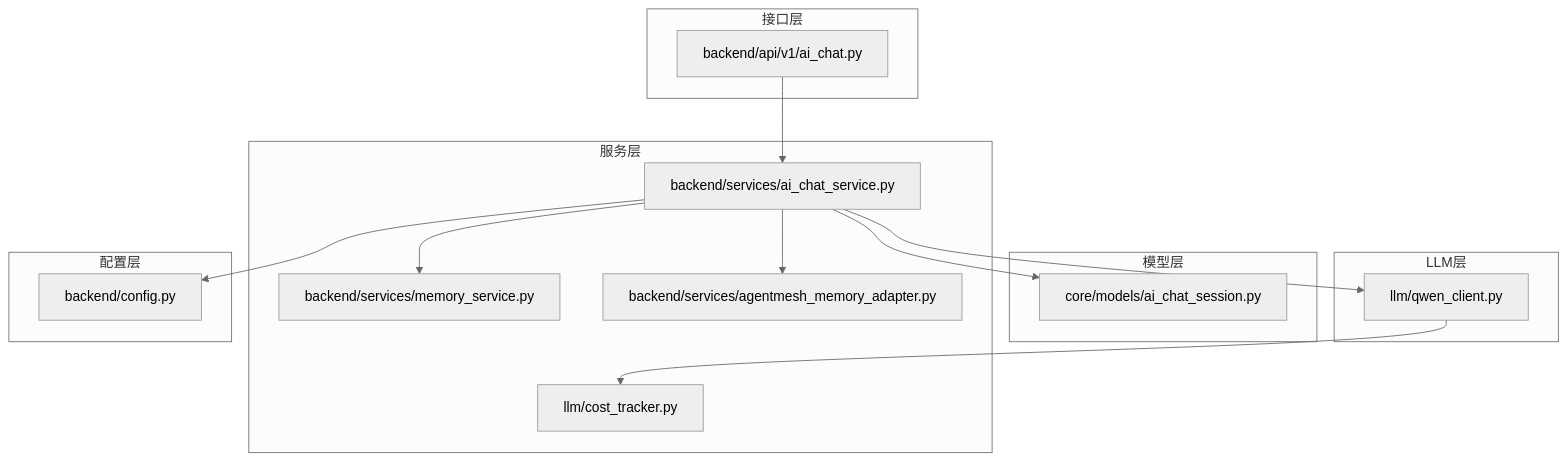
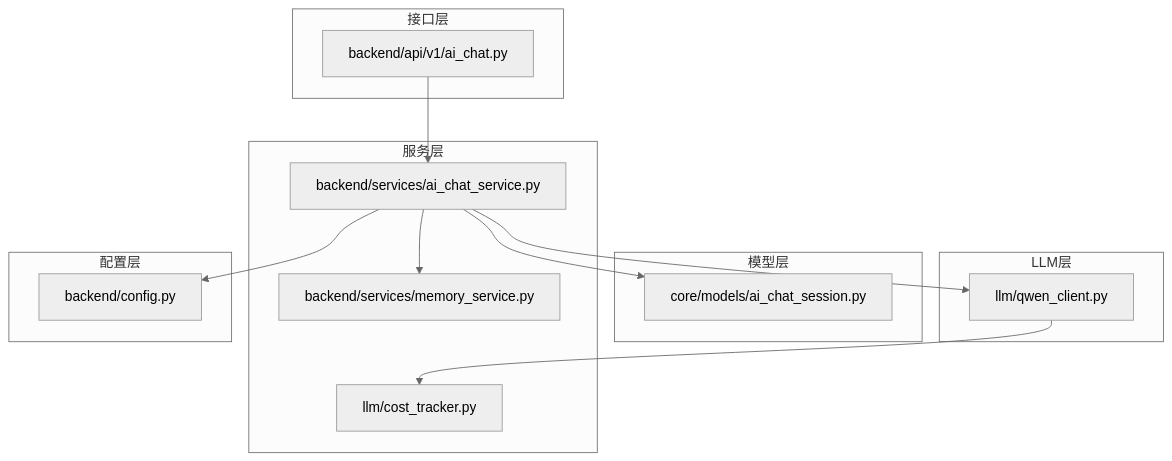
One commit to xfbyxq/ai-novel-system changed diagram 18 of 18 in .qoder/repowiki/zh/content/Ai Chat Service.md. Above: the diagram before and after it, drawn with Mermaid (neutral theme). The commit also changed other lines of this file and 38 other files, not shown here.

````diff
--- a/.qoder/repowiki/zh/content/Ai Chat Service.md
+++ b/.qoder/repowiki/zh/content/Ai Chat Service.md
@@ -831,28 +659,26 @@
 ```mermaid
 graph TD
 subgraph "接口层"
 API[backend/api/v1/ai_chat.py]
 end
 subgraph "服务层"
 Service[backend/services/ai_chat_service.py]
 Memory[backend/services/memory_service.py]
-PersistentMemory[backend/services/agentmesh_memory_adapter.py]
 Cost[llm/cost_tracker.py]
 end
 subgraph "模型层"
 Models[core/models/ai_chat_session.py]
 end
 subgraph "LLM层"
 Qwen[llm/qwen_client.py]
 end
 subgraph "配置层"
 Config[backend/config.py]
 end
 API --> Service
 Service --> Memory
-Service --> PersistentMemory
 Service --> Qwen
 Service --> Models
 Service --> Config
 Qwen --> Cost
 ```
````
